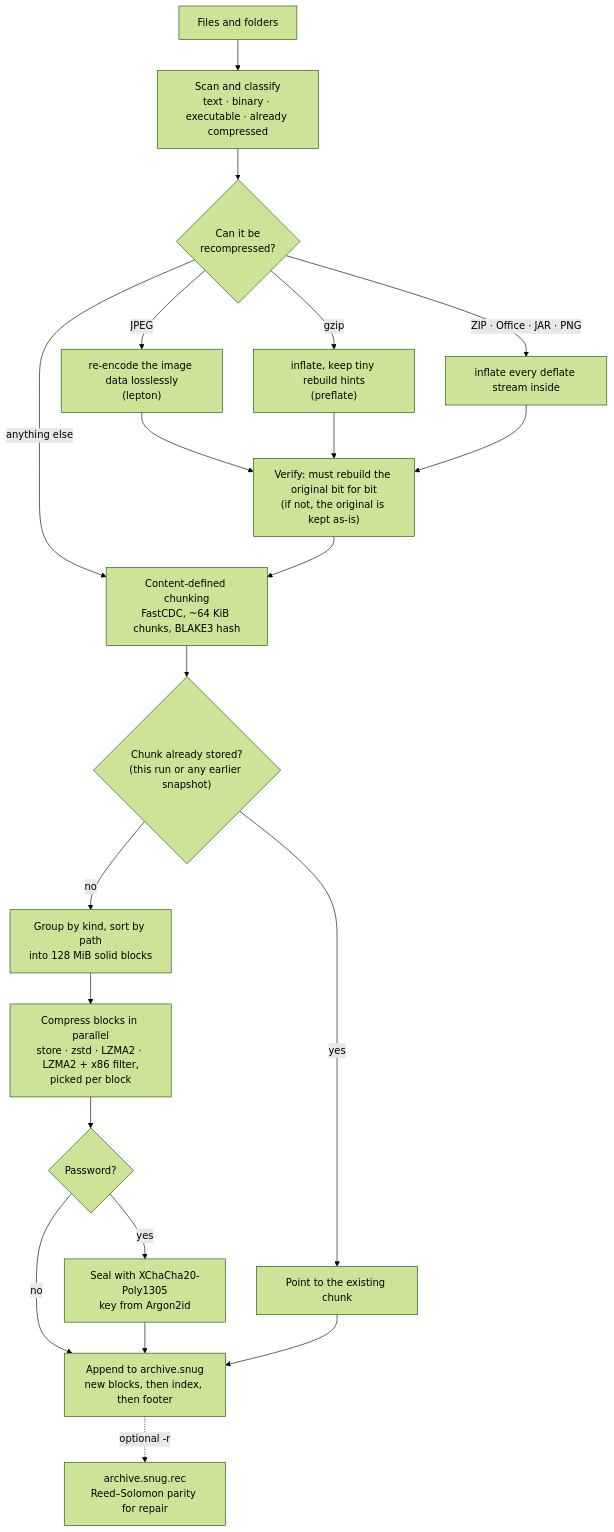
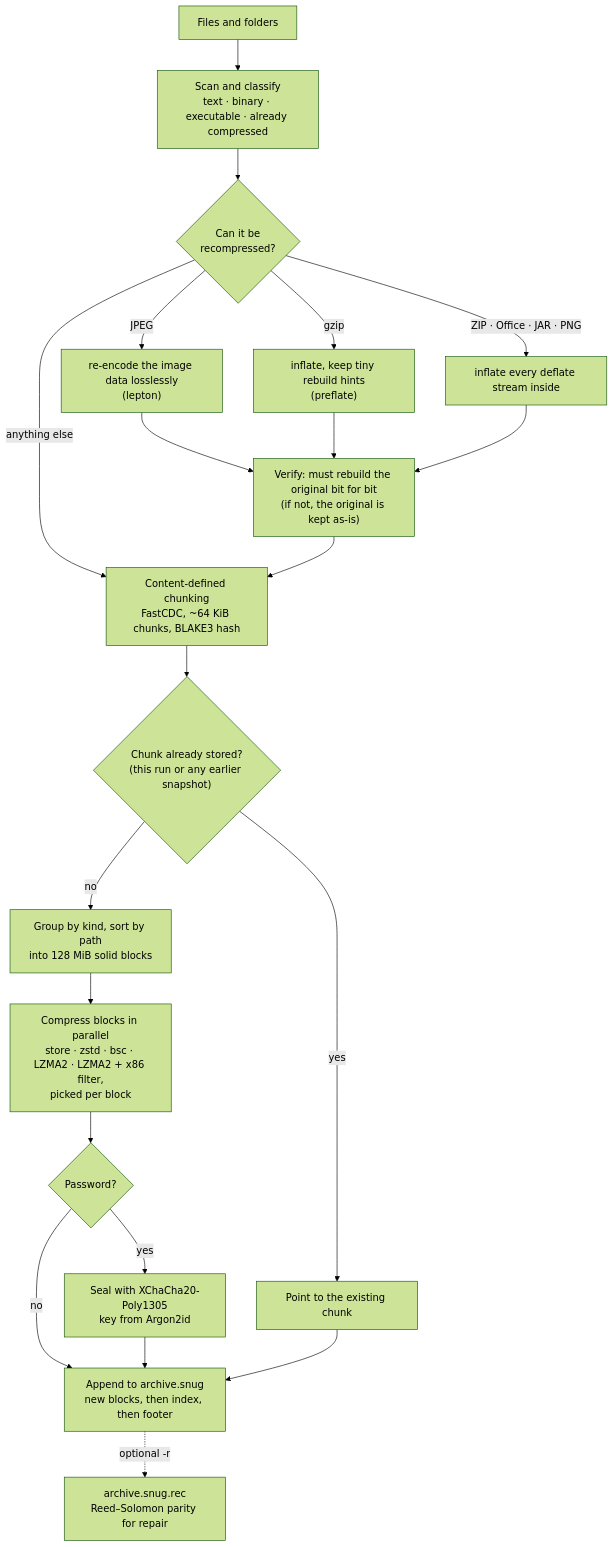
Before and after one commit to mushfau/snugly: the diagram in README.md, drawn with Mermaid (forest theme). The commit also changed other lines of this file and 65 other files, not shown here.

First line of the commit message:
Add libbsc for blocks where it beats zstd, hardened against hostile input

````diff
--- a/README.md
+++ b/README.md
@@ -106,21 +107,21 @@
 ```mermaid
 flowchart TD
     IN["Files and folders"] --> SCAN["Scan and classify<br/>text · binary · executable · already compressed"]
     SCAN --> RC{"Can it be<br/>recompressed?"}
     RC -->|JPEG| J["re-encode the image data losslessly<br/>(lepton)"]
     RC -->|gzip| G["inflate, keep tiny rebuild hints<br/>(preflate)"]
     RC -->|"ZIP · Office · JAR · PNG"| Z["inflate every deflate stream inside"]
     RC -->|anything else| CDC
     J & G & Z --> V["Verify: must rebuild the original bit for bit<br/>(if not, the original is kept as-is)"]
     V --> CDC
     CDC["Content-defined chunking<br/>FastCDC, ~64 KiB chunks, BLAKE3 hash"] --> DD{"Chunk already stored?<br/>(this run or any earlier snapshot)"}
     DD -->|yes| REF["Point to the existing chunk"]
     DD -->|no| GRP["Group by kind, sort by path<br/>into 128 MiB solid blocks"]
-    GRP --> CODEC["Compress blocks in parallel<br/>store · zstd · LZMA2 · LZMA2 + x86 filter,<br/>picked per block"]
+    GRP --> CODEC["Compress blocks in parallel<br/>store · zstd · bsc · LZMA2 · LZMA2 + x86 filter,<br/>picked per block"]
     CODEC --> ENC{"Password?"}
     ENC -->|yes| SEAL["Seal with XChaCha20-Poly1305<br/>key from Argon2id"]
     ENC -->|no| OUT
     SEAL --> OUT
     REF --> OUT["Append to archive.snug<br/>new blocks, then index, then footer"]
     OUT -.->|"optional -r"| REC["archive.snug.rec<br/>Reed–Solomon parity for repair"]
 ```
````
